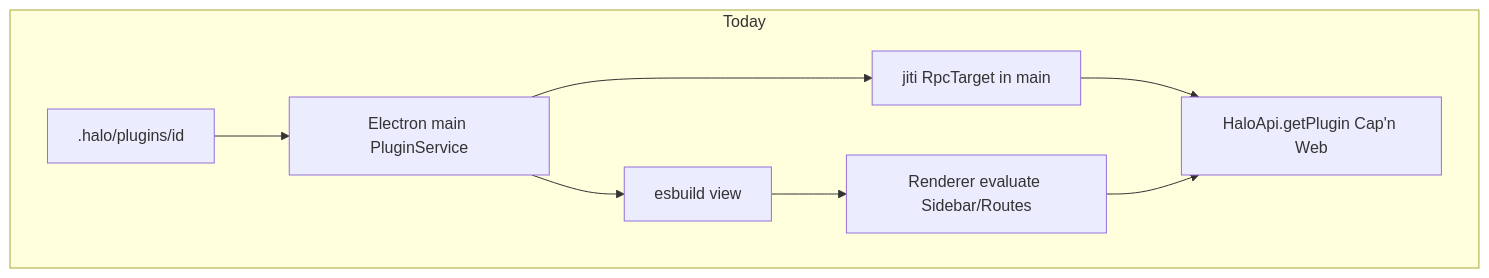
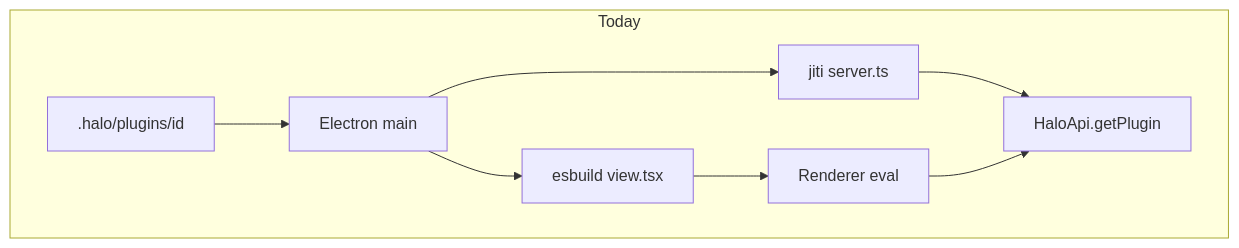
One commit to tanishqkancharla/halo-v2 changed the first of 3 diagrams in specs/plugin-apps.md. Above: the diagram before and after it, drawn with Mermaid. The commit also changed other lines of this file, not shown here.

First line of the commit message:
Narrow plugin-apps spec to host-owned view and server

````diff
--- a/specs/plugin-apps.md
+++ b/specs/plugin-apps.md
@@ -5,11 +5,11 @@
 ```mermaid
 flowchart TD
   subgraph today [Today]
-    Disk1[".halo/plugins/id"] --> Main1["Electron main PluginService"]
-    Main1 --> Jiti1["jiti RpcTarget in main"]
-    Main1 --> Esbuild1["esbuild view"]
-    Esbuild1 --> Rend1["Renderer evaluate Sidebar/Routes"]
-    Jiti1 --> Capn["HaloApi.getPlugin Cap'n Web"]
+    Disk1[".halo/plugins/id"] --> Main1["Electron main"]
+    Main1 --> Jiti["jiti server.ts"]
+    Main1 --> Esbuild1["esbuild view.tsx"]
+    Esbuild1 --> Rend1["Renderer eval"]
+    Jiti --> Capn["HaloApi.getPlugin"]
     Rend1 --> Capn
   end
 ```
````
